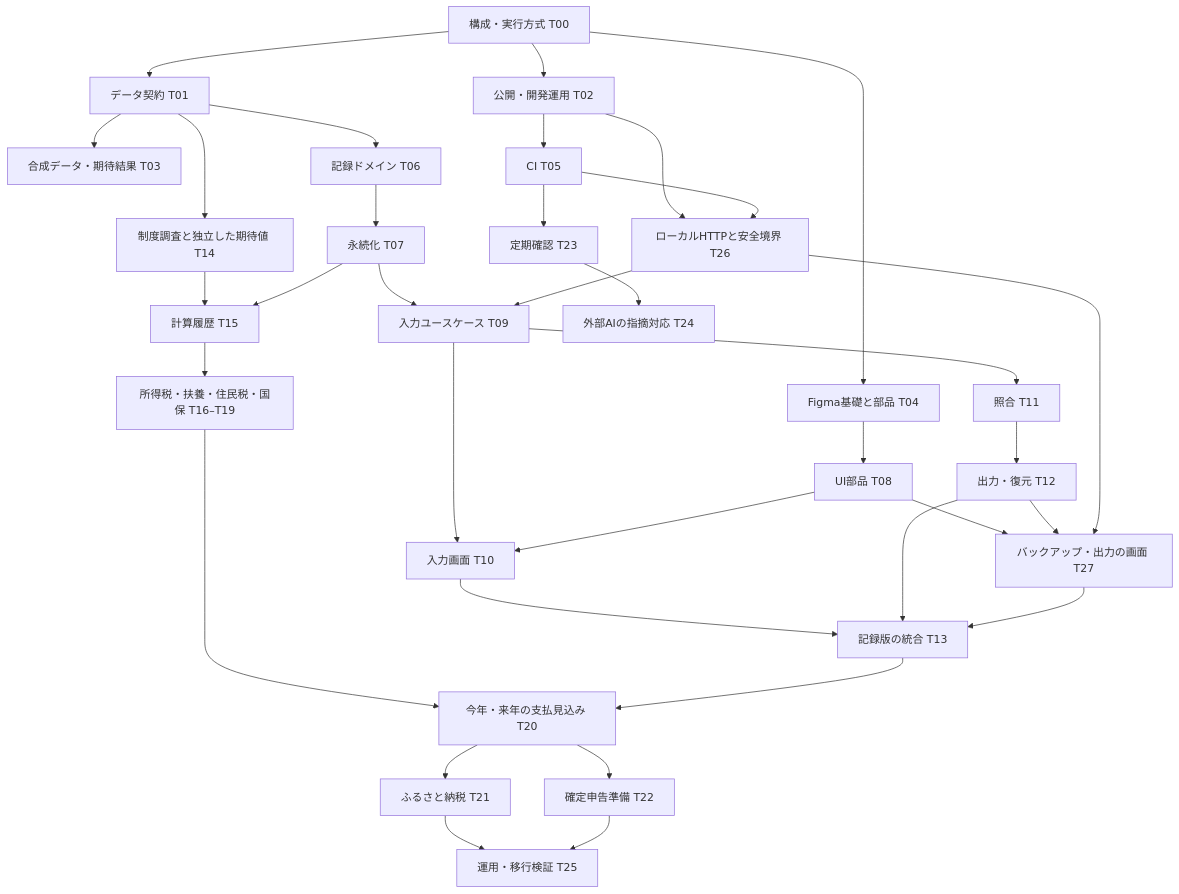
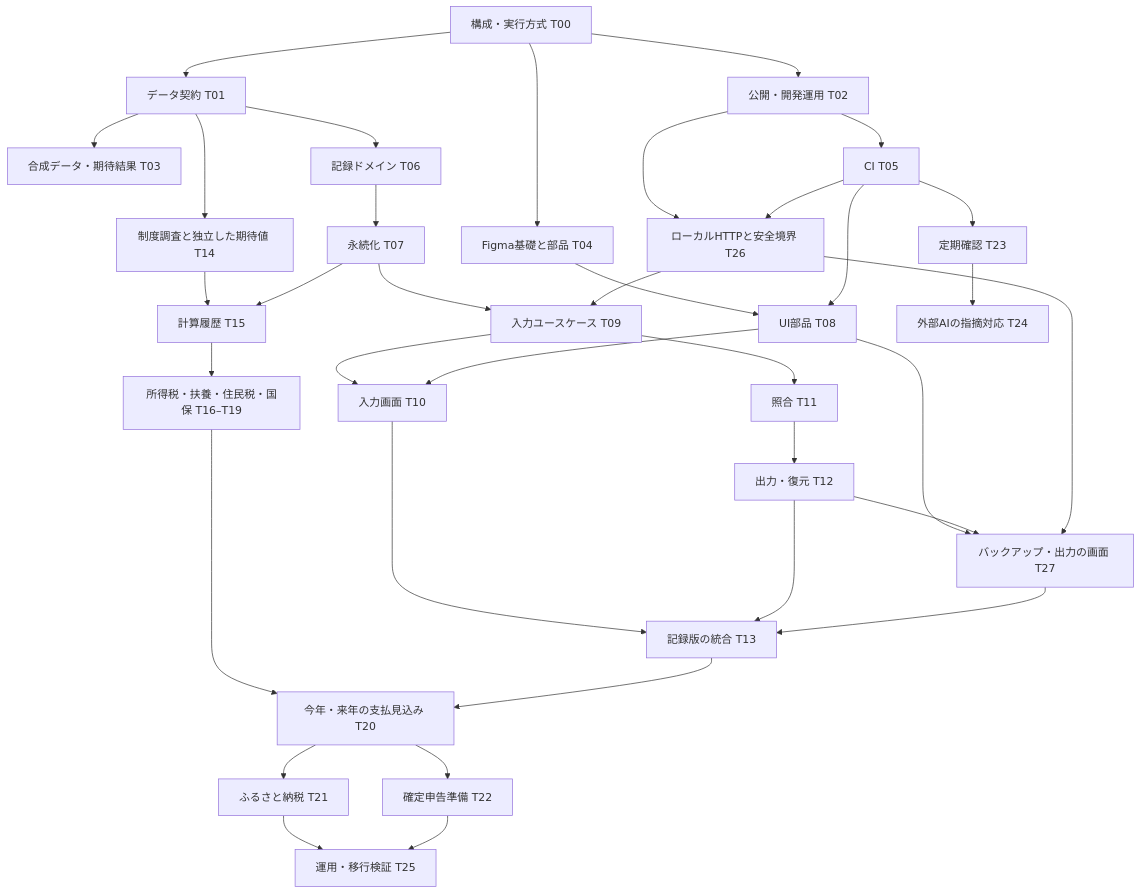
The diagram in docs/implementation-plan.md (doc-gif/kurashi-ledger), drawn with Mermaid before and after one commit. The commit also changed other lines of this file and 7 other files, not shown here.

````diff
--- a/docs/implementation-plan.md
+++ b/docs/implementation-plan.md
@@ -28,37 +28,38 @@
 ```mermaid
 flowchart TD
   T00[構成・実行方式 T00] --> T01[データ契約 T01]
   T00 --> T02[公開・開発運用 T02]
   T01 --> T03[合成データ・期待結果 T03]
   T01 --> T06[記録ドメイン T06]
   T00 --> T04[Figma基礎と部品 T04]
   T04 --> T08[UI部品 T08]
   T02 --> T05[CI T05]
+  T05 --> T08
   T06 --> T07[永続化 T07]
   T07 --> T09[入力ユースケース T09]
   T02 --> T26[ローカルHTTPと安全境界 T26]
   T05 --> T26
   T26 --> T09
   T09 --> T10[入力画面 T10]
   T08 --> T10
   T09 --> T11[照合 T11]
   T11 --> T12[出力・復元 T12]
   T08 --> T27[バックアップ・出力の画面 T27]
   T12 --> T27
   T26 --> T27
   T10 --> T13[記録版の統合 T13]
   T12 --> T13
   T27 --> T13
   T01 --> T14[制度調査と独立した期待値 T14]
   T14 --> T15[計算履歴 T15]
   T07 --> T15
   T15 --> CALC[所得税・扶養・住民税・国保 T16–T19]
   CALC --> T20[今年・来年の支払見込み T20]
   T13 --> T20
   T20 --> T21[ふるさと納税 T21]
   T20 --> T22[確定申告準備 T22]
   T05 --> T23[定期確認 T23]
   T23 --> T24[外部AIの指摘対応 T24]
   T21 --> T25[運用・移行検証 T25]
   T22 --> T25
 ```
````
